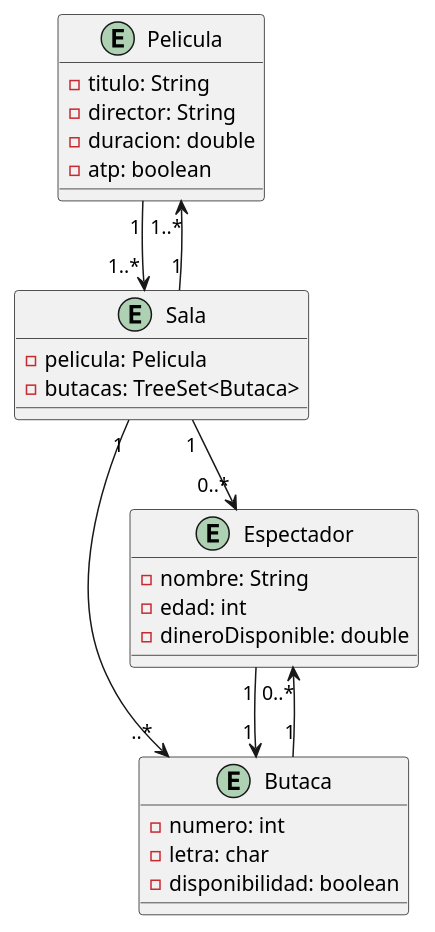
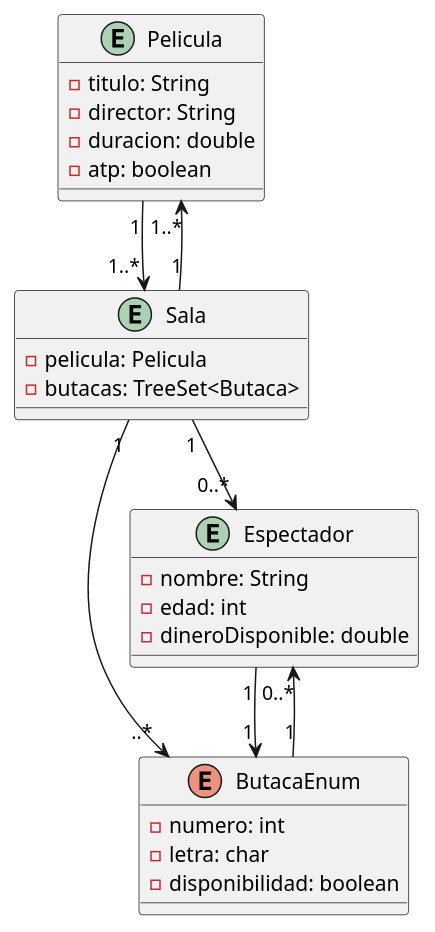
The diagram in BackEnd_2/10- Relaciones entre clases/Extra_Cinema/demo/src/main/java/com/cinema/uml/classDiagram.puml (r0minaflorencia/Egg-Argentina-Programa-4.0), drawn with PlantUML before and after one commit. The commit also changed 8 other files, not shown here.

```diff
--- a/BackEnd_2/10- Relaciones entre clases/Extra_Cinema/demo/src/main/java/com/cinema/uml/classDiagram.puml
+++ b/BackEnd_2/10- Relaciones entre clases/Extra_Cinema/demo/src/main/java/com/cinema/uml/classDiagram.puml
@@ -1,34 +1,34 @@
 @startuml cinema
 
 entity Pelicula {
     - titulo: String
     - director: String
     - duracion: double
     - atp: boolean
 }
 
 entity Sala {
     - pelicula: Pelicula
     - butacas: TreeSet<Butaca>
 }
 
-entity Butaca {
+enum ButacaEnum {
     - numero: int
     - letra: char
     - disponibilidad: boolean
 }
 
 entity Espectador {
     - nombre: String
     - edad: int
     - dineroDisponible: double
 }
 
 Sala "1" --> "1..*" Pelicula
-Sala "1" --> "..*" Butaca
+Sala "1" --> "..*" ButacaEnum
 Sala "1" --> "0..*" Espectador
-Butaca "1" --> "0..*" Espectador
-Espectador "1" --> "1" Butaca
+ButacaEnum "1" --> "0..*" Espectador
+Espectador "1" --> "1" ButacaEnum
 Pelicula "1" --> "1..*" Sala
 
 @enduml
```
